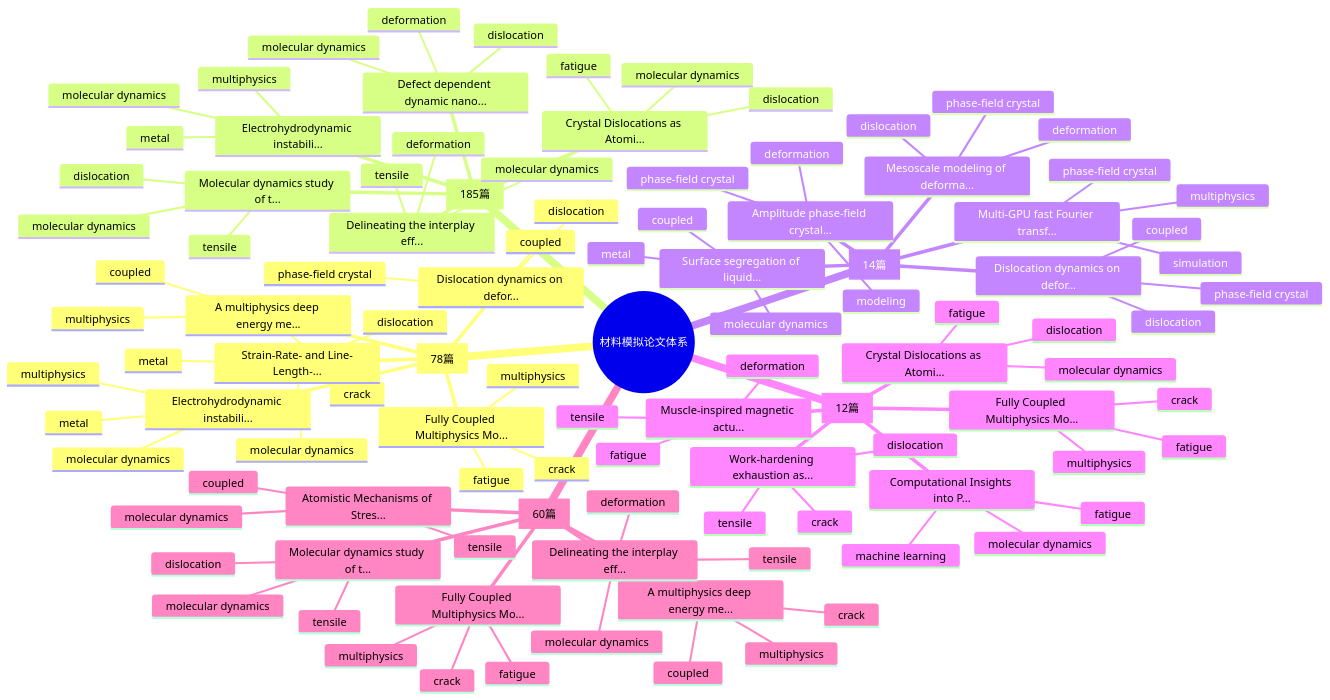
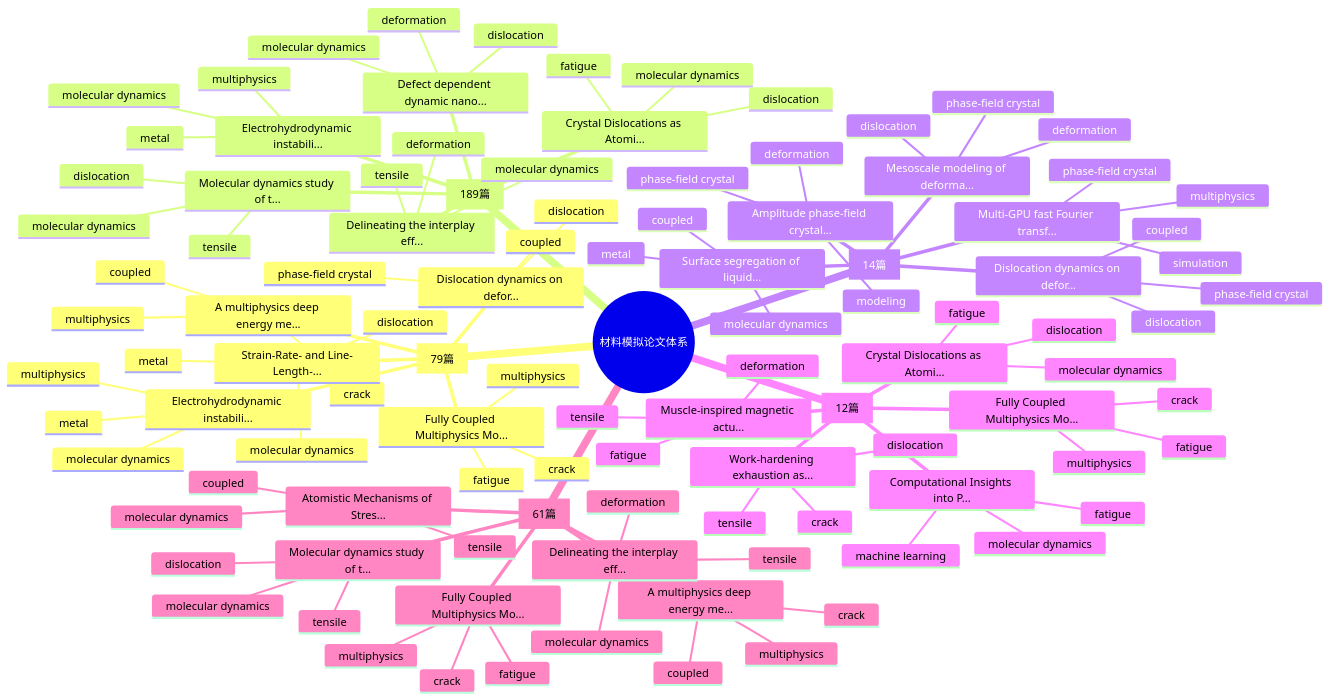
The first of 2 diagrams in reports/knowledge_graph.md (Shirakawa11111/BJK_readpaper), drawn with Mermaid before and after one commit. The commit also changed other lines of this file and 11 other files, not shown here.

````diff
--- a/reports/knowledge_graph.md
+++ b/reports/knowledge_graph.md
@@ -7,7 +7,7 @@
 ```mermaid
 mindmap
   root((材料模拟论文体系))
-    Multiphysics Coupling [78篇]
+    Multiphysics Coupling [79篇]
       Fully Coupled Multiphysics Mo...
         fatigue
         multiphysics
@@ -28,7 +28,7 @@
         molecular dynamics
         dislocation
         metal
-    Molecular Dynamics [185篇]
+    Molecular Dynamics [189篇]
       Crystal Dislocations as Atomi...
         molecular dynamics
         fatigue
@@ -91,7 +91,7 @@
         fatigue
         tensile
         deformation
-    Tensile / Deformation Simulation [60篇]
+    Tensile / Deformation Simulation [61篇]
       Fully Coupled Multiphysics Mo...
         fatigue
         multiphysics
````
